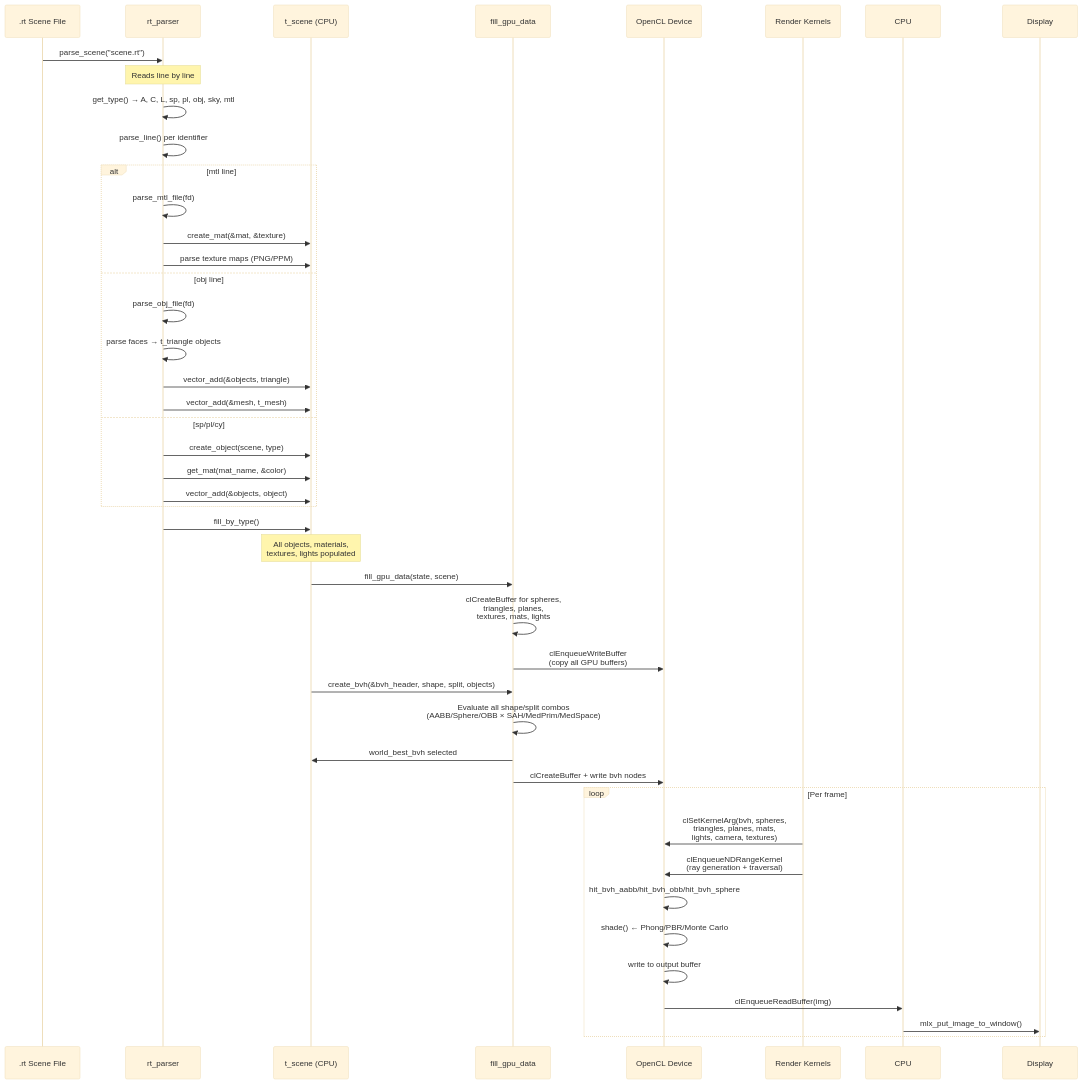
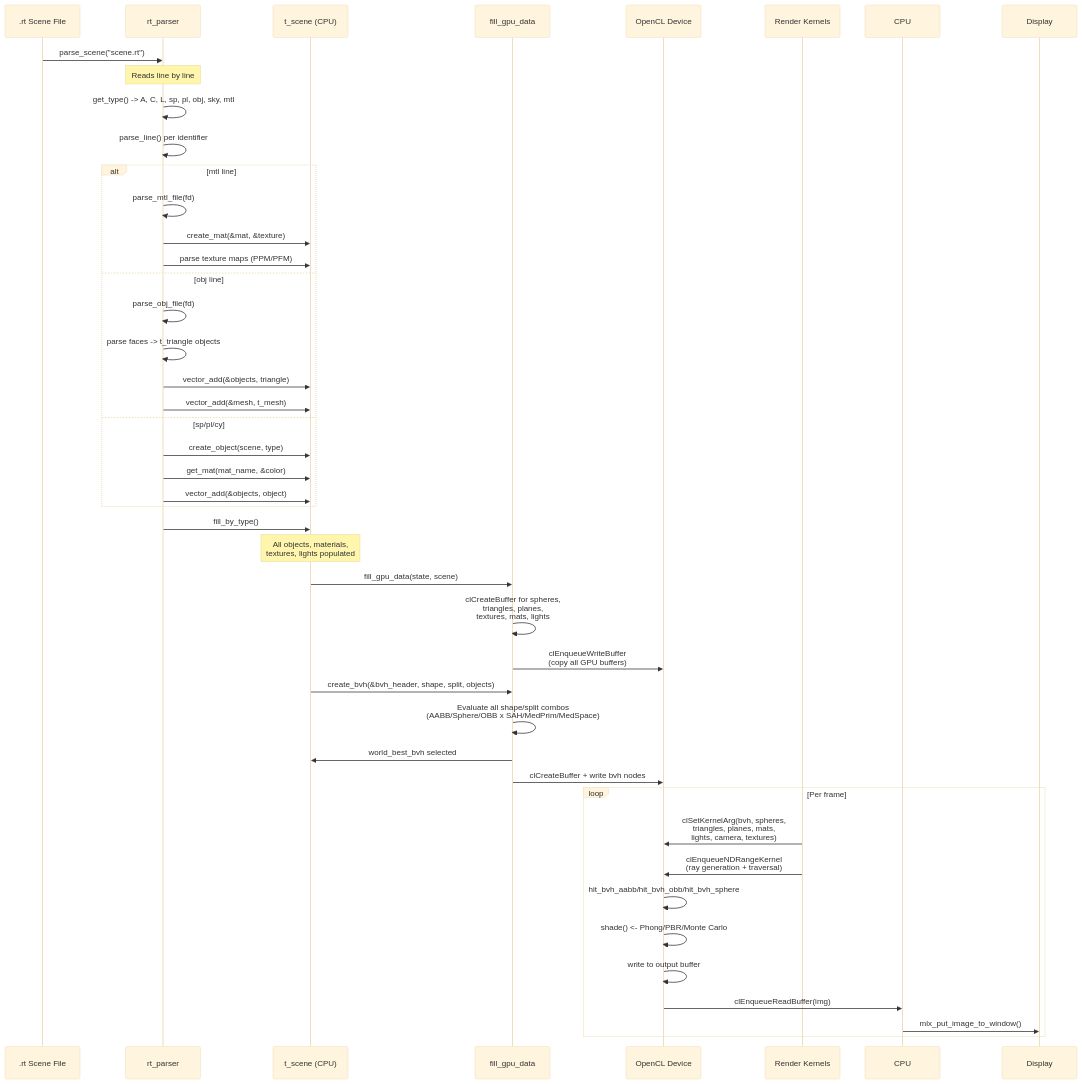
One commit to PabloBellissant/Minirt changed the third of 3 diagrams in docs/01-architecture.md. Above: the diagram before and after it, drawn with Mermaid (base theme). The commit also changed other lines of this file and 21 other files, not shown here.

Commit message:
docs: rewrite all documentation from ground up with accurate architecture, SVG diagrams, prose over bullets, honest reality check and scrapped features, and factual fixes

````diff
--- a/docs/01-architecture.md
+++ b/docs/01-architecture.md
@@ -264,53 +270,53 @@
 ```mermaid
 sequenceDiagram
     participant File as .rt Scene File
     participant Parser as rt_parser
     participant Scene as t_scene (CPU)
     participant Fill as fill_gpu_data
     participant GPU as OpenCL Device
     participant Kernels as Render Kernels
 
     File->>Parser: parse_scene("scene.rt")
     Note over Parser: Reads line by line
 
-    Parser->>Parser: get_type() → A, C, L, sp, pl, obj, sky, mtl
+    Parser->>Parser: get_type() -> A, C, L, sp, pl, obj, sky, mtl
     Parser->>Parser: parse_line() per identifier
 
     alt mtl line
         Parser->>Parser: parse_mtl_file(fd)
         Parser->>Scene: create_mat(&mat, &texture)
-        Parser->>Scene: parse texture maps (PNG/PPM)
+        Parser->>Scene: parse texture maps (PPM/PFM)
     else obj line
         Parser->>Parser: parse_obj_file(fd)
-        Parser->>Parser: parse faces → t_triangle objects
+        Parser->>Parser: parse faces -> t_triangle objects
         Parser->>Scene: vector_add(&objects, triangle)
         Parser->>Scene: vector_add(&mesh, t_mesh)
     else sp/pl/cy
         Parser->>Scene: create_object(scene, type)
         Parser->>Scene: get_mat(mat_name, &color)
         Parser->>Scene: vector_add(&objects, object)
     end
 
     Parser->>Scene: fill_by_type()
     Note over Scene: All objects, materials,<br/>textures, lights populated
 
     Scene->>Fill: fill_gpu_data(state, scene)
     Fill->>Fill: clCreateBuffer for spheres,<br/>triangles, planes,<br/>textures, mats, lights
 
     Fill->>GPU: clEnqueueWriteBuffer<br/>(copy all GPU buffers)
 
     Scene->>Fill: create_bvh(&bvh_header, shape, split, objects)
-    Fill->>Fill: Evaluate all shape/split combos<br/>(AABB/Sphere/OBB × SAH/MedPrim/MedSpace)
+    Fill->>Fill: Evaluate all shape/split combos<br/>(AABB/Sphere/OBB x SAH/MedPrim/MedSpace)
     Fill->>Scene: world_best_bvh selected
     Fill->>GPU: clCreateBuffer + write bvh nodes
 
     loop Per frame
         Kernels->>GPU: clSetKernelArg(bvh, spheres,<br/>triangles, planes, mats,<br/>lights, camera, textures)
         Kernels->>GPU: clEnqueueNDRangeKernel<br/>(ray generation + traversal)
         GPU->>GPU: hit_bvh_aabb/hit_bvh_obb/hit_bvh_sphere
-        GPU->>GPU: shade() ← Phong/PBR/Monte Carlo
+        GPU->>GPU: shade() <- Phong/PBR/Monte Carlo
         GPU->>GPU: write to output buffer
         GPU->>CPU: clEnqueueReadBuffer(img)
         CPU->>Display: mlx_put_image_to_window()
     end
 ```
````
